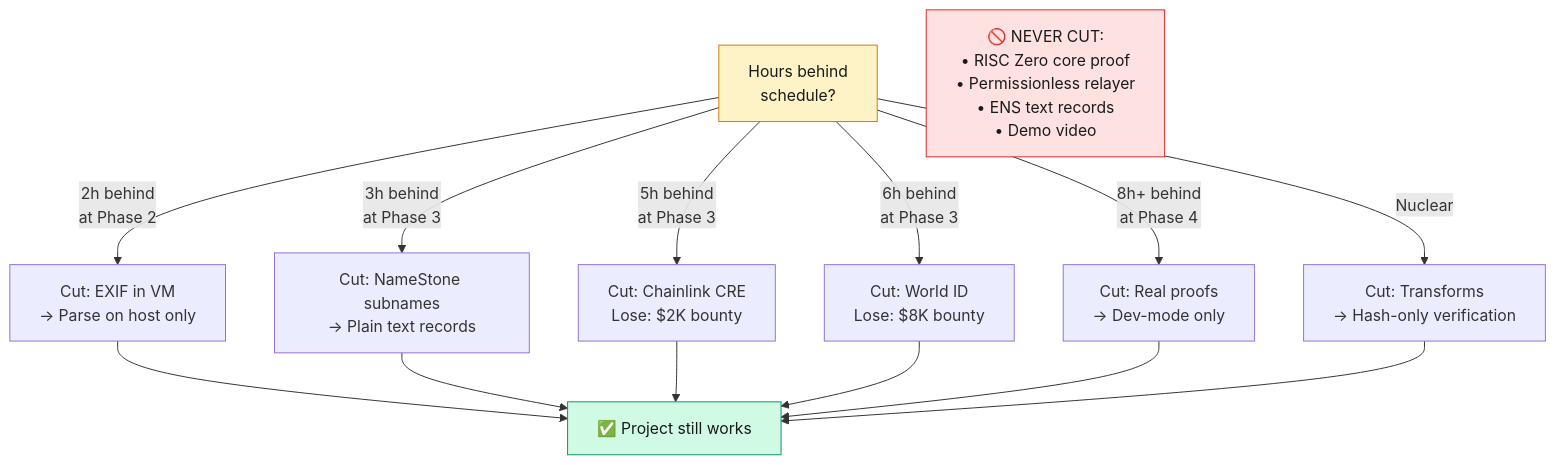
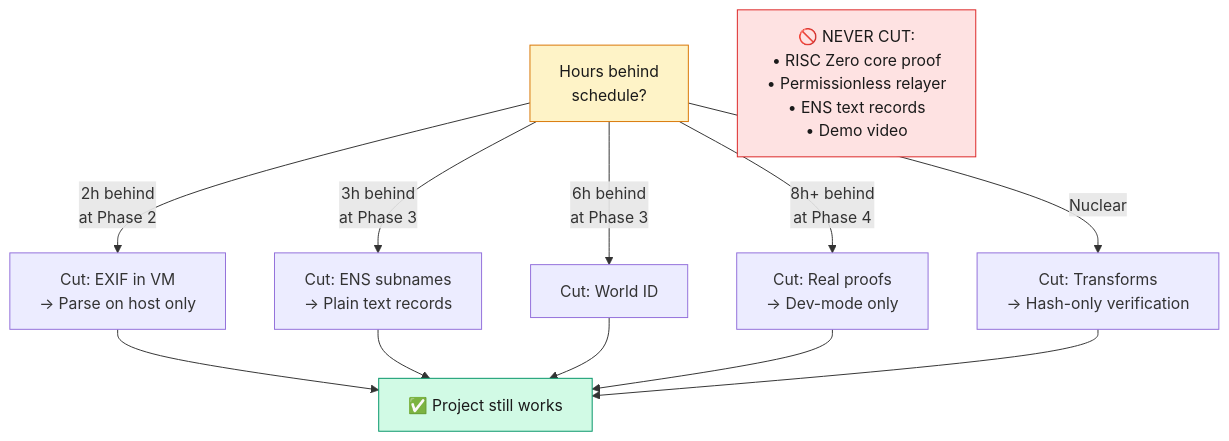
One commit to pycckuu/proof-frame changed diagram 13 of 13 in docs/DIAGRAMS.md. Above: the diagram before and after it, drawn with Mermaid. The commit also changed other lines of this file and 8 other files, not shown here.

````diff
--- a/docs/DIAGRAMS.md
+++ b/docs/DIAGRAMS.md
@@ -508,24 +484,22 @@
 ```mermaid
 graph TB
     START["Hours behind<br/>schedule?"]
 
     START -->|"2h behind<br/>at Phase 2"| CUT1["Cut: EXIF in VM<br/>→ Parse on host only"]
-    START -->|"3h behind<br/>at Phase 3"| CUT2["Cut: NameStone subnames<br/>→ Plain text records"]
-    START -->|"5h behind<br/>at Phase 3"| CUT3["Cut: Chainlink CRE<br/>Lose: $2K bounty"]
-    START -->|"6h behind<br/>at Phase 3"| CUT4["Cut: World ID<br/>Lose: $8K bounty"]
+    START -->|"3h behind<br/>at Phase 3"| CUT2["Cut: ENS subnames<br/>→ Plain text records"]
+    START -->|"6h behind<br/>at Phase 3"| CUT4["Cut: World ID"]
     START -->|"8h+ behind<br/>at Phase 4"| CUT5["Cut: Real proofs<br/>→ Dev-mode only"]
     START -->|"Nuclear"| CUT6["Cut: Transforms<br/>→ Hash-only verification"]
 
     CUT1 --> SAFE["✅ Project still works"]
     CUT2 --> SAFE
-    CUT3 --> SAFE
     CUT4 --> SAFE
     CUT5 --> SAFE
     CUT6 --> SAFE
 
     NEVER["🚫 NEVER CUT:<br/>• RISC Zero core proof<br/>• Permissionless relayer<br/>• ENS text records<br/>• Demo video"]
 
     style START fill:#fef3c7,stroke:#d97706,color:#1a1a1a
     style SAFE fill:#d1fae5,stroke:#059669,color:#1a1a1a
     style NEVER fill:#fee2e2,stroke:#dc2626,color:#1a1a1a
 ```
````
